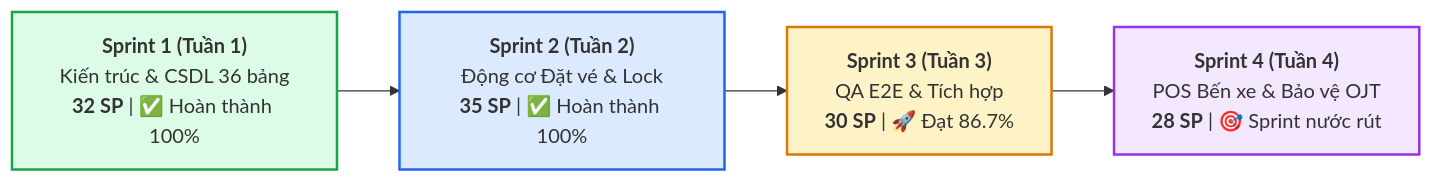
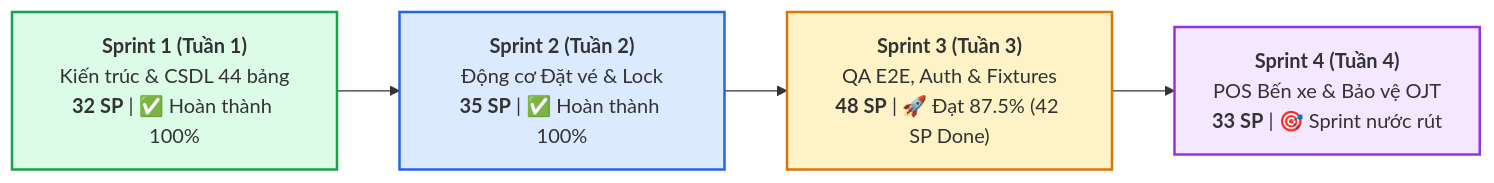
The diagram in docs/04-agile-and-sprints/BAO_CAO_THONG_KE_TIEN_DO_VA_STORY_POINTS_TOAN_SAN.md (phamcongthanhvn2k6/traveleasy-platform), drawn with Mermaid before and after one commit. The commit also changed 5 other files, not shown here.

````diff
--- a/docs/04-agile-and-sprints/BAO_CAO_THONG_KE_TIEN_DO_VA_STORY_POINTS_TOAN_SAN.md
+++ b/docs/04-agile-and-sprints/BAO_CAO_THONG_KE_TIEN_DO_VA_STORY_POINTS_TOAN_SAN.md
@@ -19,11 +19,11 @@
 ```mermaid
 graph LR
-    S1["<b>Sprint 1 (Tuần 1)</b><br>Kiến trúc & CSDL 36 bảng<br><b>32 SP</b> | ✅ Hoàn thành 100%"] --> S2["<b>Sprint 2 (Tuần 2)</b><br>Động cơ Đặt vé & Lock<br><b>35 SP</b> | ✅ Hoàn thành 100%"]
-    S2 --> S3["<b>Sprint 3 (Tuần 3)</b><br>QA E2E & Tích hợp<br><b>30 SP</b> | 🚀 Đạt 86.7%"]
-    S3 --> S4["<b>Sprint 4 (Tuần 4)</b><br>POS Bến xe & Bảo vệ OJT<br><b>28 SP</b> | 🎯 Sprint nước rút"]
+    S1["<b>Sprint 1 (Tuần 1)</b><br>Kiến trúc & CSDL 44 bảng<br><b>32 SP</b> | ✅ Hoàn thành 100%"] --> S2["<b>Sprint 2 (Tuần 2)</b><br>Động cơ Đặt vé & Lock<br><b>35 SP</b> | ✅ Hoàn thành 100%"]
+    S2 --> S3["<b>Sprint 3 (Tuần 3)</b><br>QA E2E, Auth & Fixtures<br><b>48 SP</b> | 🚀 Đạt 87.5% (42 SP Done)"]
+    S3 --> S4["<b>Sprint 4 (Tuần 4)</b><br>POS Bến xe & Bảo vệ OJT<br><b>33 SP</b> | 🎯 Sprint nước rút"]
 
     style S1 fill:#dcfce7,stroke:#16a34a,stroke-width:2px;
     style S2 fill:#dbeafe,stroke:#2563eb,stroke-width:2px;
     style S3 fill:#fef3c7,stroke:#d97706,stroke-width:2px;
     style S4 fill:#f3e8ff,stroke:#9333ea,stroke-width:2px;
 ```
````
